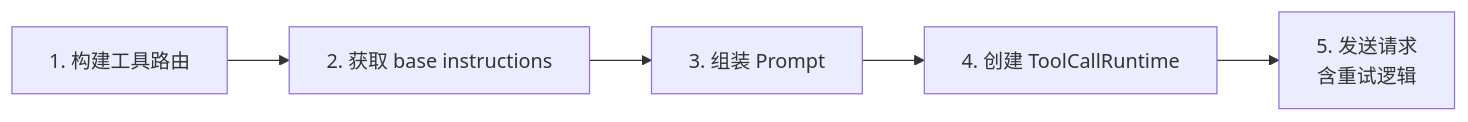
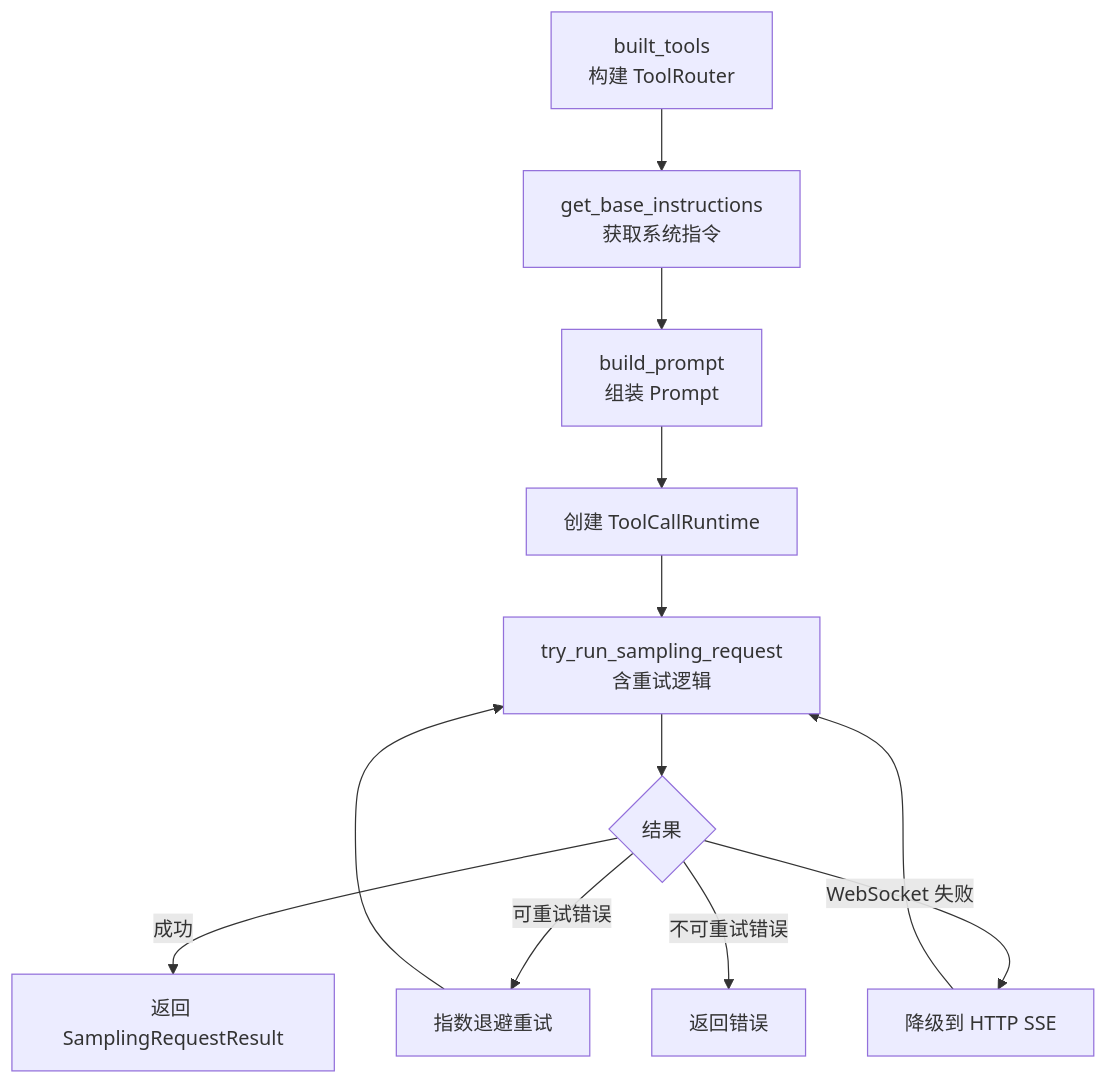
The second of 2 diagrams in wiki/03-agent-loop.md (yibn2008/learn-codex), drawn with Mermaid before and after one commit. The commit also changed other lines of this file, not shown here.

````diff
--- a/wiki/03-agent-loop.md
+++ b/wiki/03-agent-loop.md
@@ -208,7 +119,15 @@
 ```mermaid
-graph LR
-    A[1. 构建工具路由] --> B[2. 获取 base instructions]
-    B --> C[3. 组装 Prompt]
-    C --> D[4. 创建 ToolCallRuntime]
-    D --> E[5. 发送请求<br/>含重试逻辑]
+graph TD
+    A[built_tools<br/>构建 ToolRouter] --> B[get_base_instructions<br/>获取系统指令]
+    B --> C[build_prompt<br/>组装 Prompt]
+    C --> D[创建 ToolCallRuntime]
+    D --> E[try_run_sampling_request<br/>含重试逻辑]
+
+    E --> F{结果}
+    F -->|成功| G[返回 SamplingRequestResult]
+    F -->|可重试错误| H[指数退避重试]
+    H --> E
+    F -->|WebSocket 失败| I[降级到 HTTP SSE]
+    I --> E
+    F -->|不可重试错误| J[返回错误]
 ```
````
